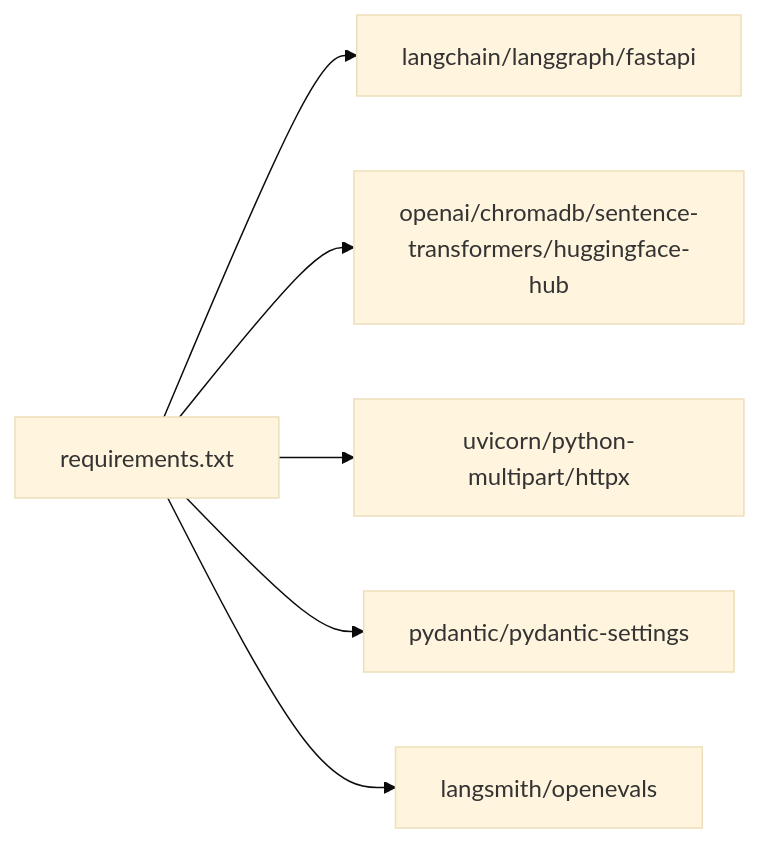
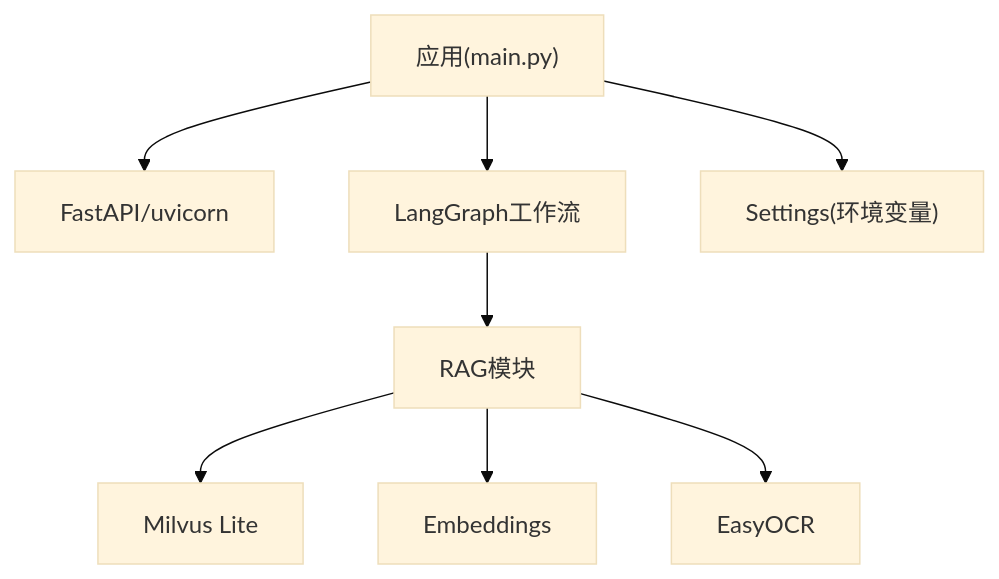
Before and after one commit to Cecil09312/DingDingAIAssistant: the fifth of 5 diagrams in .qoder/repowiki/zh/content/部署指南.md, drawn with Mermaid (base theme). The commit also changed other lines of this file and 81 other files, not shown here.

````diff
--- a/.qoder/repowiki/zh/content/部署指南.md
+++ b/.qoder/repowiki/zh/content/部署指南.md
@@ -349,8 +213,10 @@
 ```mermaid
-graph LR
-REQ["requirements.txt"] --> CORE["langchain/langgraph/fastapi"]
-REQ --> MODEL["openai/chromadb/sentence-transformers/huggingface-hub"]
-REQ --> WEB["uvicorn/python-multipart/httpx"]
-REQ --> CFG["pydantic/pydantic-settings"]
-REQ --> EVAL["langsmith/openevals"]
+graph TB
+App["应用(main.py)"] --> Core["FastAPI/uvicorn"]
+App --> Agent["LangGraph工作流"]
+Agent --> RAG["RAG模块"]
+RAG --> VS["Milvus Lite"]
+RAG --> Emb["Embeddings"]
+RAG --> OCR["EasyOCR"]
+App --> Config["Settings(环境变量)"]
 ```
````
